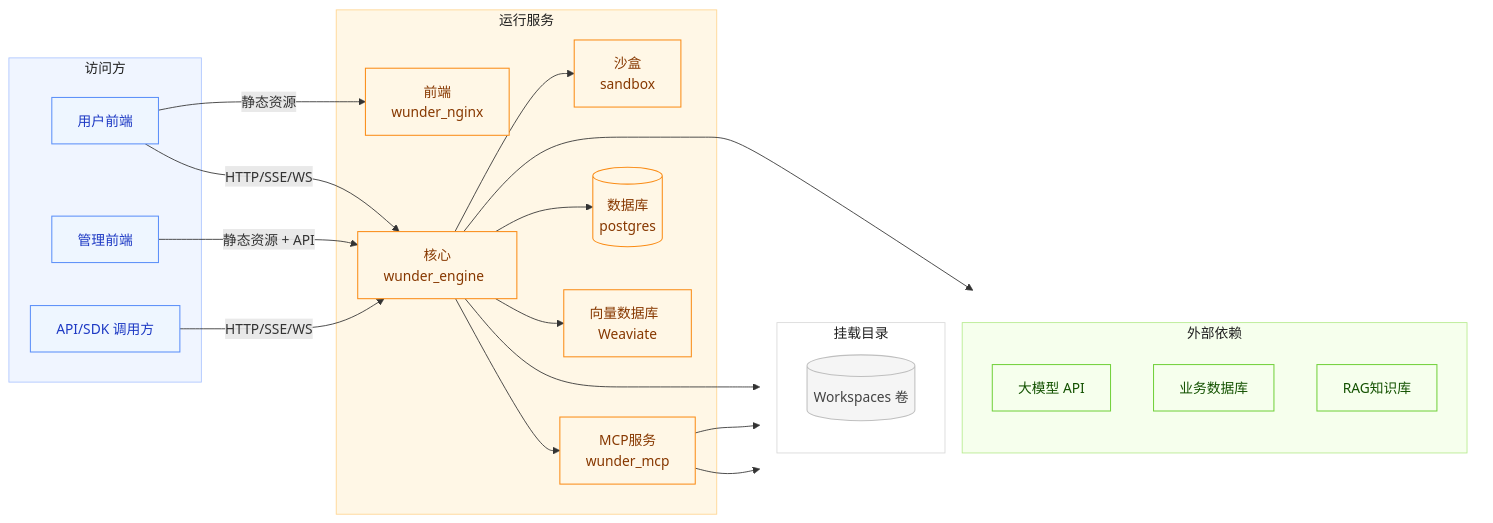
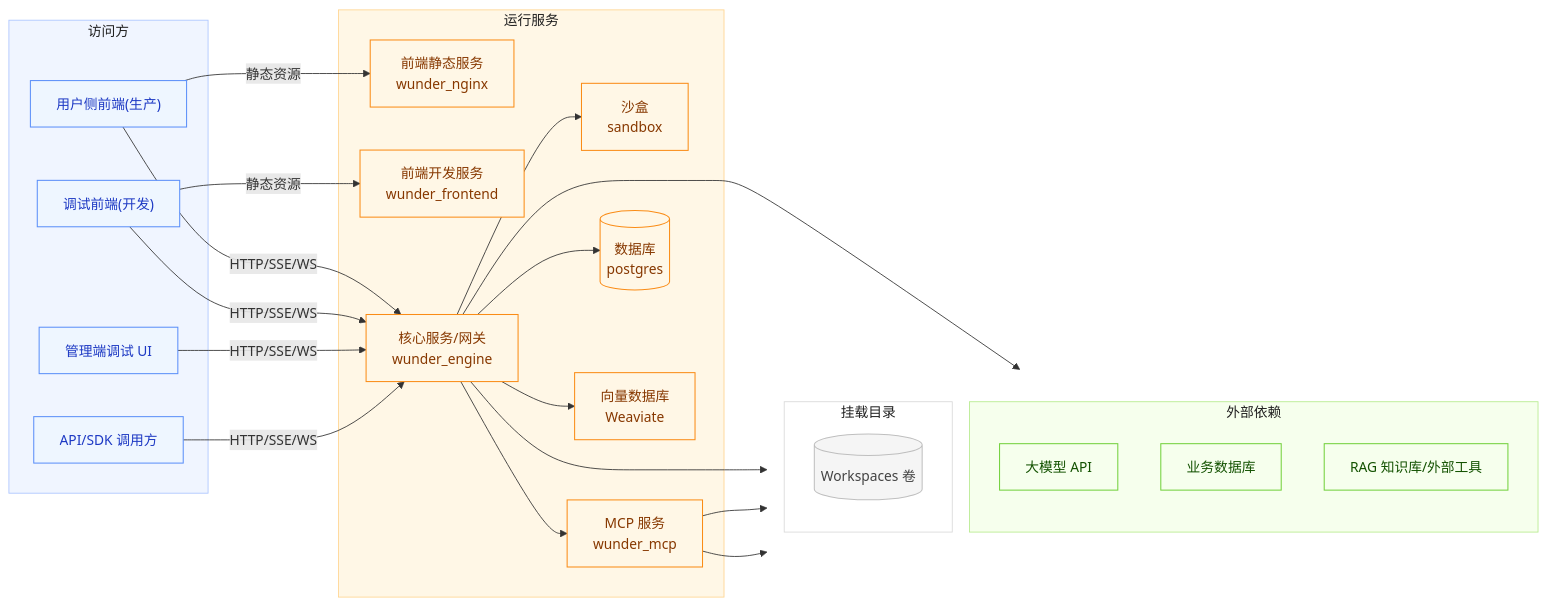
The first of 5 diagrams in docs/架构设计.md (ylsdamxssjxxdd/wunder), drawn with Mermaid before and after one commit. The commit also changed other lines of this file and 31 other files, not shown here.

````diff
--- a/docs/架构设计.md
+++ b/docs/架构设计.md
@@ -21,60 +23,65 @@
 ```mermaid
 flowchart LR
   subgraph Clients["访问方"]
-    UserUI["用户前端"]
-    AdminUI["管理前端"]
+    UserUI["用户侧前端(生产)"]
+    DebugUI["调试前端(开发)"]
+    AdminUI["管理端调试 UI"]
     ApiClient["API/SDK 调用方"]
   end
 
   subgraph Runtime["运行服务"]
-    Nginx["前端<br/>wunder_nginx"]
-    RustAPI["核心<br/>wunder_engine&nbsp;&nbsp;"]
+    Nginx["前端静态服务<br/>wunder_nginx"]
+    FrontendDev["前端开发服务<br/>wunder_frontend"]
+    RustAPI["核心服务/网关<br/>wunder_engine"]
     Sandbox["沙盒<br/>sandbox"]
-    MCP["MCP服务<br/>wunder_mcp"]
-    PG[(数据库<br/>postgres)]
-    VectorDB["向量数据库&nbsp;&nbsp;<br/>Weaviate"]
+    MCP["MCP 服务<br/>wunder_mcp"]
+    PG[("数据库<br/>postgres")]
+    VectorDB["向量数据库<br/>Weaviate"]
   end
 
   subgraph RightSide[" "]
     direction TB
     subgraph External["外部依赖"]
       LLM["大模型 API"]
       ExtDB["业务数据库"]
-      KB["RAG知识库"]
+      KB["RAG 知识库/外部工具"]
     end
     subgraph Mounts["挂载目录"]
-      WS[(Workspaces 卷)]
+      WS[("Workspaces 卷")]
     end
   end
 
   UserUI -->|静态资源| Nginx
+  DebugUI -->|静态资源| FrontendDev
+
   UserUI -->|HTTP/SSE/WS| RustAPI
-  AdminUI -->|静态资源 + API| RustAPI
+  DebugUI -->|HTTP/SSE/WS| RustAPI
+  AdminUI -->|HTTP/SSE/WS| RustAPI
   ApiClient -->|HTTP/SSE/WS| RustAPI
 
   RustAPI --> PG
   RustAPI --> WS
   RustAPI --> LLM
   RustAPI --> VectorDB
   RustAPI --> Sandbox
   RustAPI --> MCP
 
   MCP --> ExtDB
   MCP --> KB
 
   classDef client fill:#eef6ff,stroke:#5b8ff9,stroke-width:1.2px,color:#1d39c4;
   classDef runtime fill:#fff7e6,stroke:#fa8c16,stroke-width:1.2px,color:#873800;
   classDef external fill:#f6ffed,stroke:#73d13d,stroke-width:1.2px,color:#135200;
   classDef volume fill:#f5f5f5,stroke:#bfbfbf,stroke-width:1.2px,color:#434343;
 
-  class UserUI,AdminUI,ApiClient client;
-  class Nginx,RustAPI,Sandbox,MCP,PG,VectorDB runtime;
+  class UserUI,DebugUI,AdminUI,ApiClient client;
+  class Nginx,FrontendDev,RustAPI,Sandbox,MCP,PG,VectorDB runtime;
   class LLM,ExtDB,KB external;
   class WS volume;
 
   style Clients fill:#f0f5ff,stroke:#adc6ff,stroke-width:1px,color:#1f1f1f;
   style Runtime fill:#fff7e6,stroke:#ffd591,stroke-width:1px,color:#1f1f1f;
   style External fill:#f6ffed,stroke:#b7eb8f,stroke-width:1px,color:#1f1f1f;
   style Mounts fill:#ffffff,stroke:#d9d9d9,stroke-width:1px,color:#1f1f1f;
   style RightSide fill:transparent,stroke:transparent,color:transparent;
 ```
````
